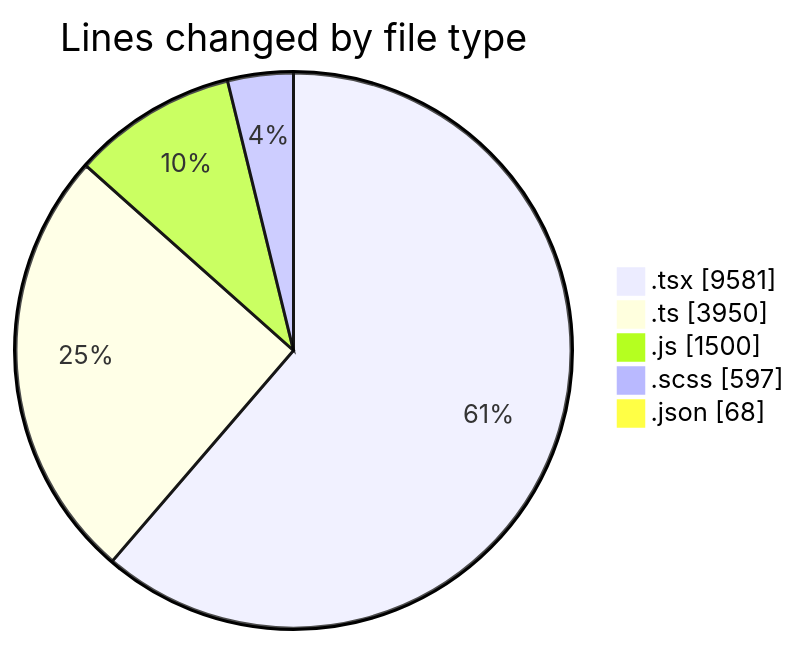
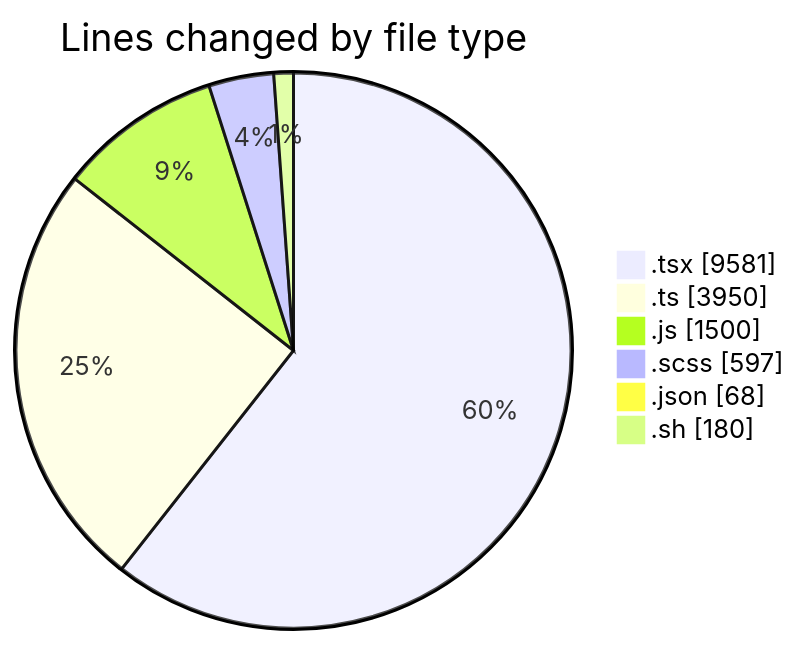
Before and after one commit to momahboobian/code-tracking: the first of 2 diagrams in 2026-06-10/cda/README.md, drawn with Mermaid. The commit also changed other lines of this file and 1 other file, not shown here.

````diff
--- a/2026-06-10/cda/README.md
+++ b/2026-06-10/cda/README.md
@@ -65,9 +66,10 @@
 ```mermaid
 pie showData
 title Lines changed by file type
 ".tsx" : 9581
 ".ts" : 3950
 ".js" : 1500
 ".scss" : 597
 ".json" : 68
+".sh" : 180
 ```
````
